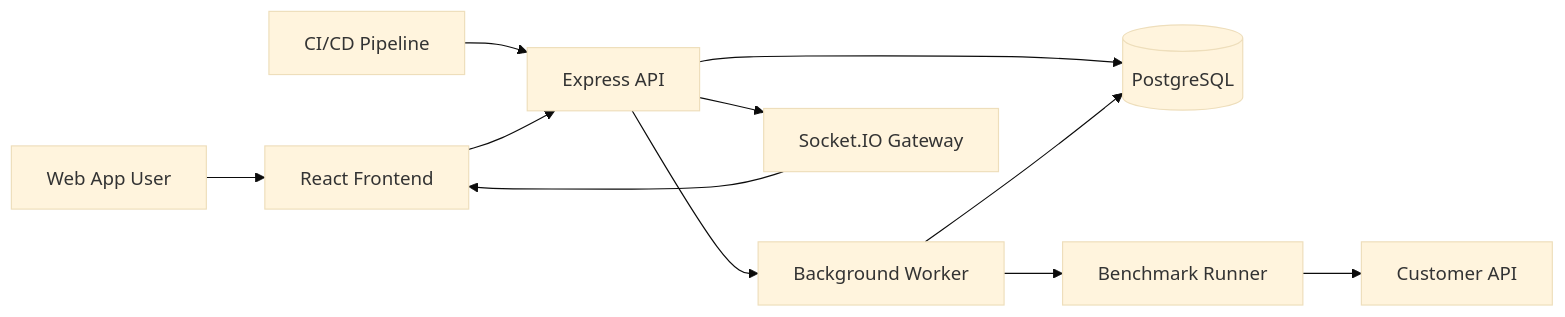
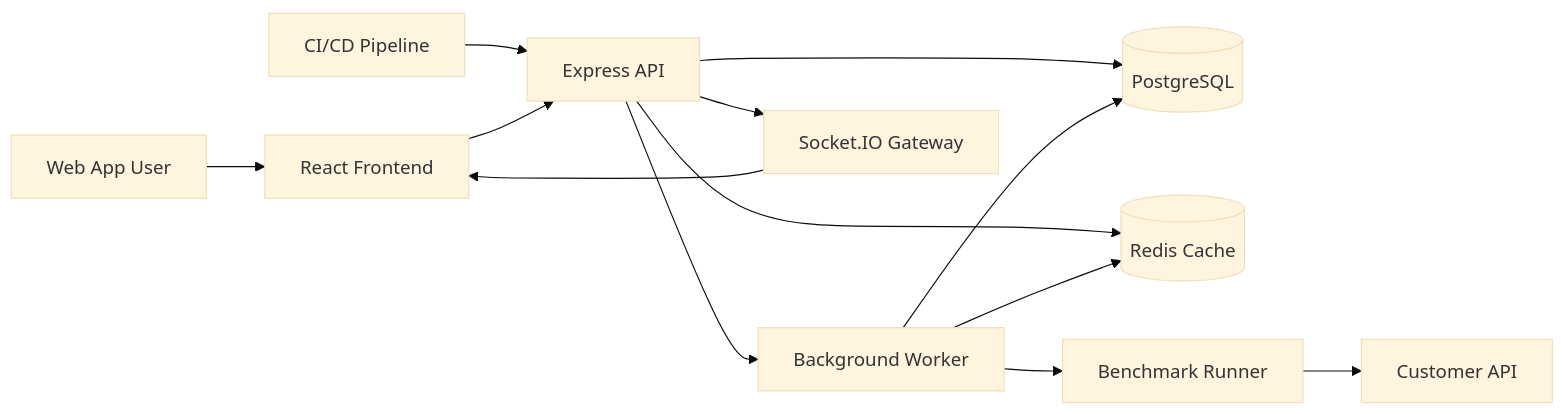
One commit to blxckpxnther46/api-regressor99 changed the diagram in docs/ARCHITECTURE.md. Above: the diagram before and after it, drawn with Mermaid (base theme). The commit also changed other lines of this file and 19 other files, not shown here.

````diff
--- a/docs/ARCHITECTURE.md
+++ b/docs/ARCHITECTURE.md
@@ -29,13 +30,15 @@
 ```mermaid
 flowchart LR
   User["Web App User"] --> Frontend["React Frontend"]
   CI["CI/CD Pipeline"] --> API["Express API"]
   Frontend --> API
   API --> DB[("PostgreSQL")]
+  API --> Redis[("Redis Cache")]
   API --> Worker["Background Worker"]
   Worker --> Runner["Benchmark Runner"]
   Runner --> Target["Customer API"]
   Worker --> DB
+  Worker --> Redis
   API --> Realtime["Socket.IO Gateway"]
   Realtime --> Frontend
 ```
````
